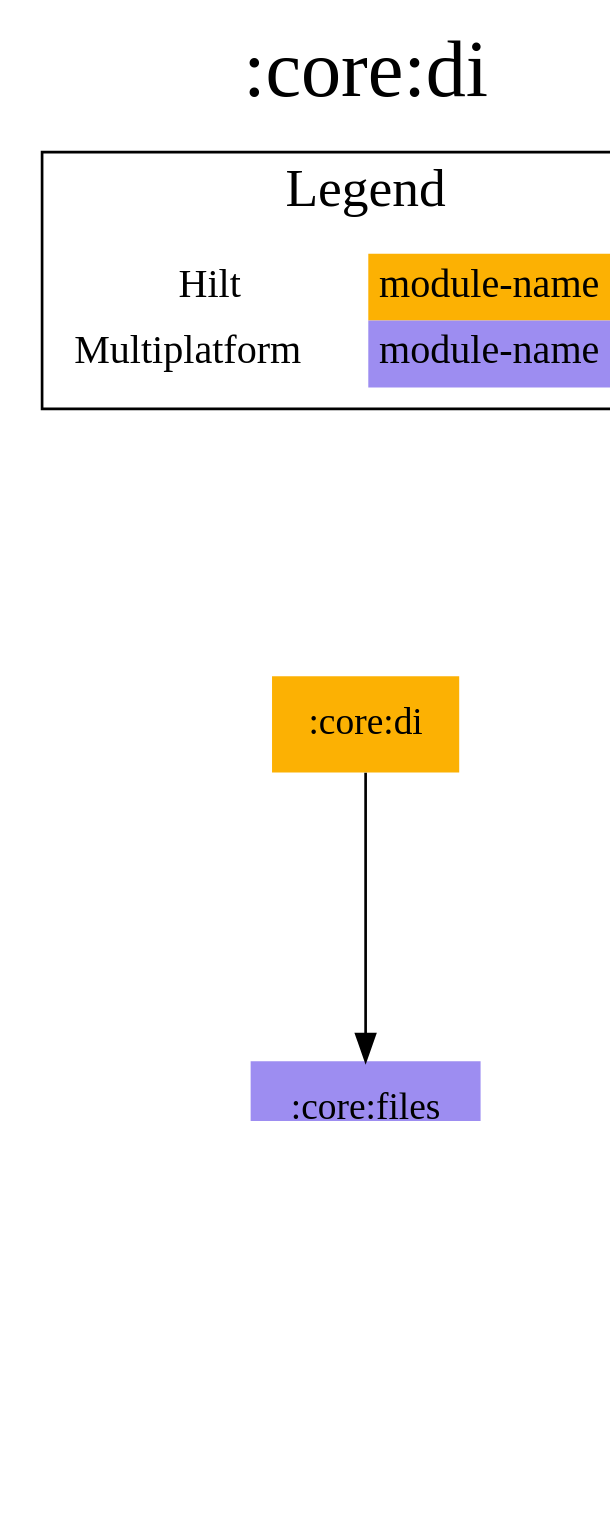
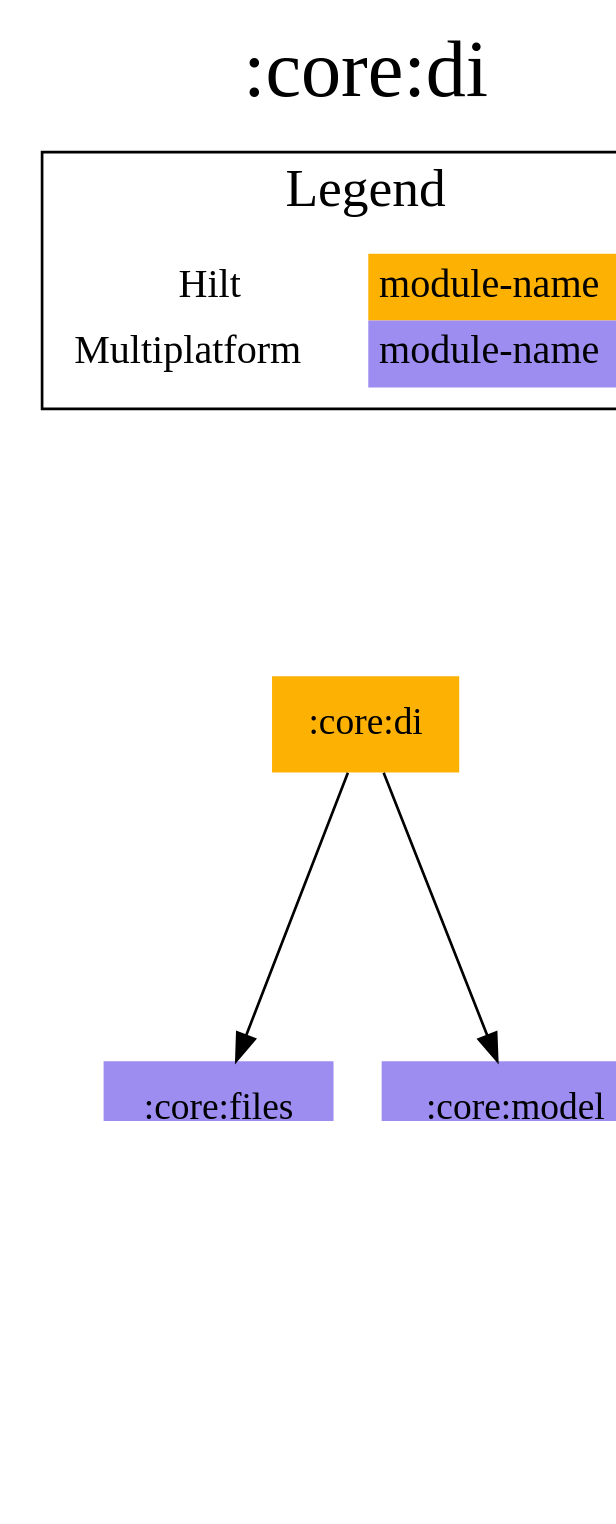
One commit to jonapoul/aktual changed the diagram in modules/core/di/modules.dot. Above: the diagram before and after it, drawn with Graphviz. The commit also changed 3 other files, not shown here.

```diff
--- a/modules/core/di/modules.dot
+++ b/modules/core/di/modules.dot
@@ -1,25 +1,27 @@
 digraph {
 edge ["dir"="forward"]
 graph ["dpi"="100","label"=":core:di","labelloc"="t","fontsize"="30","ranksep"="1.5","rankdir"="TB"]
 node ["style"="filled"]
 ":budget:model" ["fillcolor"="#9D8DF1","shape"="none"]
 ":core:di" ["fillcolor"="#FCB103","shape"="none"]
 ":core:files" ["fillcolor"="#9D8DF1","shape"="none"]
+":core:model" ["fillcolor"="#9D8DF1","shape"="none"]
 {
 edge ["dir"="none"]
 graph ["rank"="same"]
 ":core:di"
 }
 ":core:di" -> ":core:files"
+":core:di" -> ":core:model"
 ":core:files" -> ":budget:model"
 subgraph "cluster_legend" {
 edge ["dir"="none"]
 graph ["label"="Legend","fontsize"="20"]
 "Legend" ["style"="filled","fillcolor"="#FFFFFF","shape"="none","margin"="0","fontsize"="15","label"=<
 <TABLE BORDER="0" CELLBORDER="0" CELLSPACING="0" CELLPADDING="4">
 <TR><TD>Hilt</TD><TD BGCOLOR="#FCB103">module-name</TD></TR>
 <TR><TD>Multiplatform</TD><TD BGCOLOR="#9D8DF1">module-name</TD></TR>
 </TABLE>
 >]
 } -> ":core:di" ["style"="invis"]
 }
```
